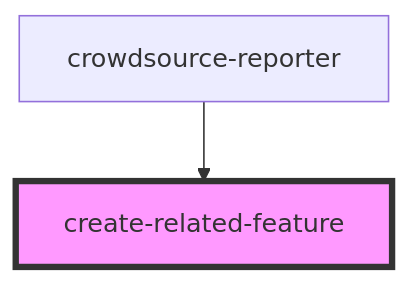
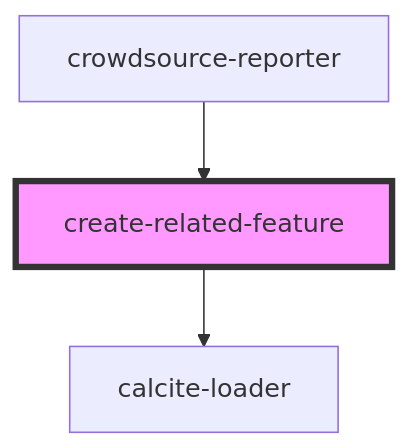
The diagram in src/components/create-related-feature/readme.md (Esri/solutions-components), drawn with Mermaid before and after one commit. The commit also changed other lines of this file and 4 other files, not shown here.

````diff
--- a/src/components/create-related-feature/readme.md
+++ b/src/components/create-related-feature/readme.md
@@ -57,5 +61,6 @@
 ```mermaid
 graph TD;
+  create-related-feature --> calcite-loader
   crowdsource-reporter --> create-related-feature
   style create-related-feature fill:#f9f,stroke:#333,stroke-width:4px
 ```
````
